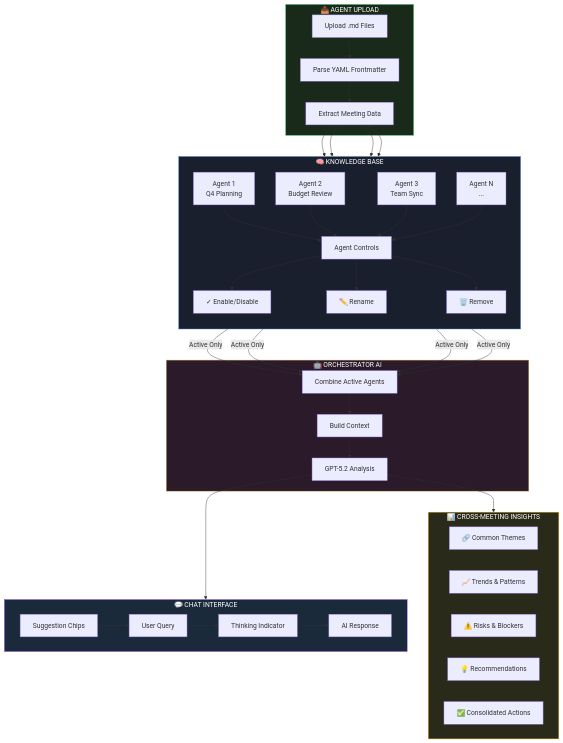
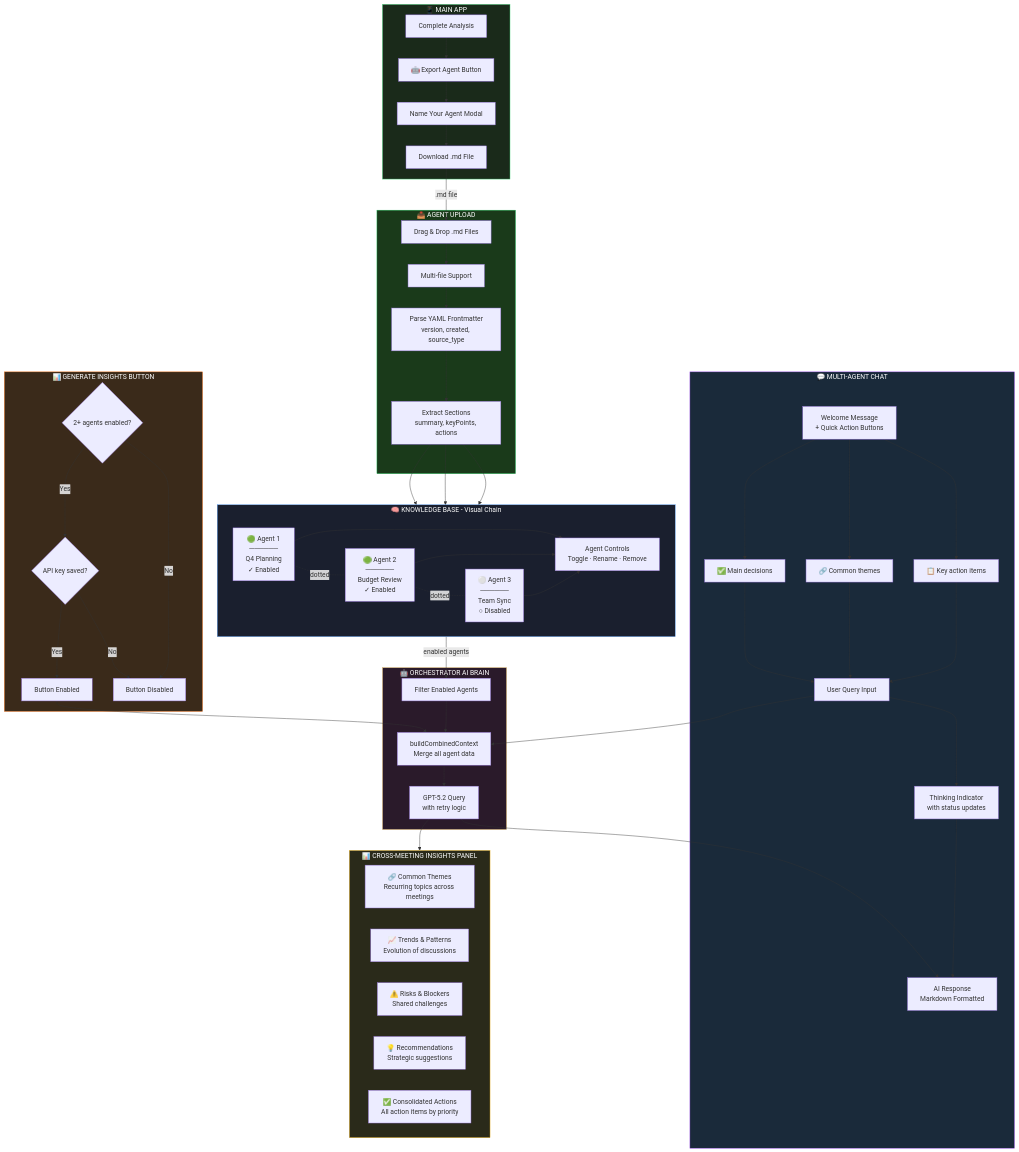
The second of 2 diagrams in README.md (mjamiv/vox2txt), drawn with Mermaid before and after one commit. The commit also changed other lines of this file and 1 other file, not shown here.

Commit message:
docs: Update Mermaid diagrams for main app and orchestrator
- Updated main app flow diagram with all 7 input types including wearable (coming soon)
- Added Reset/New Analysis flow to diagrams
- Updated processing pipeline to show all AI models used
- Enhanced Agent Orchestrator diagram with visual KB chain
- Added button enablement logic flow for cross-meeting insights
- Improved Chat interface flow with quick action buttons
- Better visual styling and color coding for different sections

````diff
--- a/README.md
+++ b/README.md
@@ -92,67 +97,90 @@
 ```mermaid
 flowchart TB
-    subgraph Upload["📥 AGENT UPLOAD"]
-        U1[Upload .md Files]
-        U2[Parse YAML Frontmatter]
-        U3[Extract Meeting Data]
+    subgraph MainApp["📱 MAIN APP"]
+        MA1[Complete Analysis]
+        MA2[🤖 Export Agent Button]
+        MA3[Name Your Agent Modal]
+        MA4[Download .md File]
+        MA1 --> MA2 --> MA3 --> MA4
     end
 
-    subgraph KB["🧠 KNOWLEDGE BASE"]
-        direction TB
-        K1[Agent 1<br/>Q4 Planning]
-        K2[Agent 2<br/>Budget Review]
-        K3[Agent 3<br/>Team Sync]
-        K4[Agent N<br/>...]
-        
-        KC[Agent Controls]
-        KC1[✓ Enable/Disable]
-        KC2[✏️ Rename]
-        KC3[🗑️ Remove]
+    subgraph Upload["📤 AGENT UPLOAD"]
+        U1[Drag & Drop .md Files]
+        U2[Multi-file Support]
+        U3[Parse YAML Frontmatter<br/>version, created, source_type]
+        U4[Extract Sections<br/>summary, keyPoints, actions]
     end
 
-    subgraph Orchestrator["🤖 ORCHESTRATOR AI"]
-        O1[Combine Active Agents]
-        O2[Build Context]
-        O3[GPT-5.2 Analysis]
+    subgraph KB["🧠 KNOWLEDGE BASE - Visual Chain"]
+        direction LR
+        K1["🟢 Agent 1<br/>──────<br/>Q4 Planning<br/>✓ Enabled"]
+        K2["🟢 Agent 2<br/>──────<br/>Budget Review<br/>✓ Enabled"]
+        K3["⚪ Agent 3<br/>──────<br/>Team Sync<br/>○ Disabled"]
+        
+        K1 -.-|dotted| K2
+        K2 -.-|dotted| K3
+        
+        KC[Agent Controls<br/>Toggle · Rename · Remove]
     end
 
-    subgraph Chat["💬 CHAT INTERFACE"]
-        C1[User Query]
-        C2[Thinking Indicator]
-        C3[AI Response]
-        C4[Suggestion Chips]
+    subgraph Orchestrator["🤖 ORCHESTRATOR AI BRAIN"]
+        O1[Filter Enabled Agents]
+        O2[buildCombinedContext<br/>Merge all agent data]
+        O3[GPT-5.2 Query<br/>with retry logic]
     end
 
-    subgraph Insights["📊 CROSS-MEETING INSIGHTS"]
-        I1[🔗 Common Themes]
-        I2[📈 Trends & Patterns]
-        I3[⚠️ Risks & Blockers]
-        I4[💡 Recommendations]
-        I5[✅ Consolidated Actions]
+    subgraph Chat["💬 MULTI-AGENT CHAT"]
+        C0[Welcome Message<br/>+ Quick Action Buttons]
+        C1[📋 Key action items]
+        C2[🔗 Common themes]
+        C3[✅ Main decisions]
+        C4[User Query Input]
+        C5[Thinking Indicator<br/>with status updates]
+        C6[AI Response<br/>Markdown Formatted]
     end
 
-    U1 --> U2 --> U3
-    U3 --> K1
-    U3 --> K2
-    U3 --> K3
-    U3 --> K4
+    subgraph Button["📊 GENERATE INSIGHTS BUTTON"]
+        B1{2+ agents enabled?}
+        B2{API key saved?}
+        B3[Button Enabled]
+        B4[Button Disabled]
+    end
 
-    K1 & K2 & K3 & K4 --> KC
-    KC --> KC1 & KC2 & KC3
+    subgraph Insights["📊 CROSS-MEETING INSIGHTS PANEL"]
+        I1[🔗 Common Themes<br/>Recurring topics across meetings]
+        I2[📈 Trends & Patterns<br/>Evolution of discussions]
+        I3[⚠️ Risks & Blockers<br/>Shared challenges]
+        I4[💡 Recommendations<br/>Strategic suggestions]
+        I5[✅ Consolidated Actions<br/>All action items by priority]
+    end
 
-    K1 & K2 & K3 & K4 -->|Active Only| O1
+    MA4 -->|.md file| U1
+    U1 --> U2 --> U3 --> U4
+    U4 --> K1 & K2 & K3
+    K1 & K2 & K3 --> KC
+    
+    KC -->|enabled agents| O1
     O1 --> O2 --> O3
+    
+    C0 --> C1 & C2 & C3
+    C1 & C2 & C3 --> C4
+    C4 --> C5 --> C6
+    C4 --> O2
+    O3 --> C6
+    
+    B1 -->|Yes| B2
+    B1 -->|No| B4
+    B2 -->|Yes| B3
+    B2 -->|No| B4
+    B3 --> O2
+    
+    O3 --> Insights
 
-    O3 --> Chat
-    C1 --> C2 --> C3
-    C4 --> C1
-
-    O3 --> Insights
-    I1 & I2 & I3 & I4 & I5
-
-    style Upload fill:#1a2a1a,stroke:#4ade80,color:#fff
+    style MainApp fill:#1a2a1a,stroke:#4ade80,color:#fff
+    style Upload fill:#1a3a1a,stroke:#22c55e,color:#fff
     style KB fill:#1a1f2e,stroke:#60a5fa,color:#fff
     style Orchestrator fill:#2a1a2a,stroke:#d4a853,color:#fff
     style Chat fill:#1a2a3a,stroke:#a855f7,color:#fff
+    style Button fill:#3a2a1a,stroke:#f97316,color:#fff
     style Insights fill:#2a2a1a,stroke:#fbbf24,color:#fff
 ```
````
